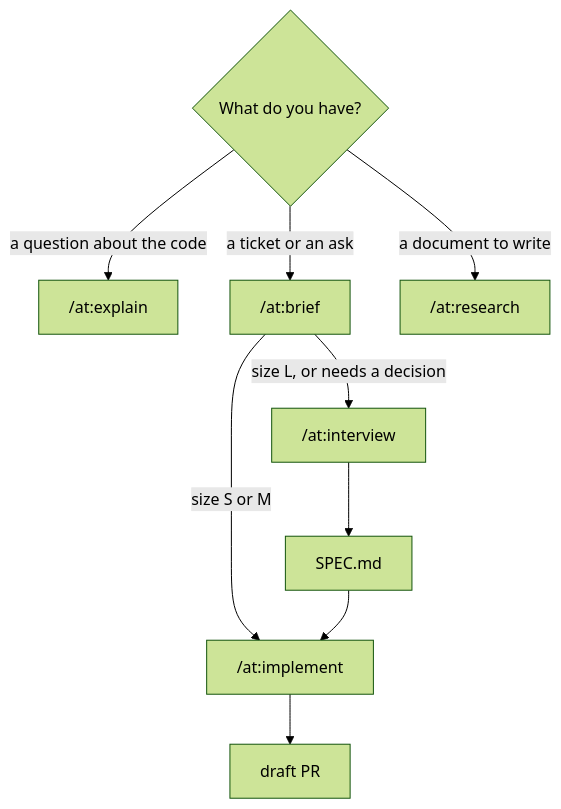
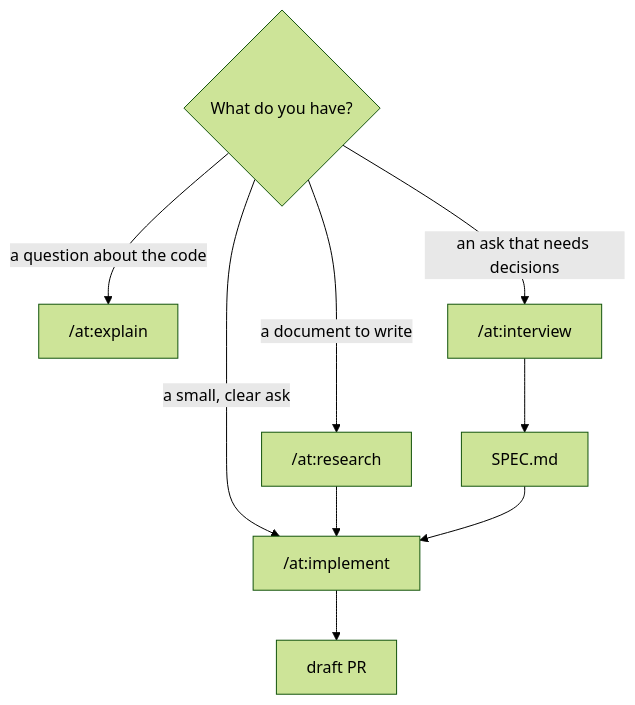
The diagram in README.md (andytavares/claude), drawn with Mermaid (forest theme) before and after one commit. The commit also changed other lines of this file and 17 other files, not shown here.

````diff
--- a/README.md
+++ b/README.md
@@ -33,10 +33,9 @@
 ```mermaid
 flowchart TD
   Q{"What do you have?"}
   Q -->|"a question about the code"| EX["/at:explain"]
-  Q -->|"a ticket or an ask"| BR["/at:brief"]
-  Q -->|"a document to write"| RS["/at:research"]
-  BR -->|"size S or M"| IM["/at:implement"]
-  BR -->|"size L, or needs a decision"| IV["/at:interview"] --> SP["SPEC.md"] --> IM
+  Q -->|"a small, clear ask"| IM["/at:implement"]
+  Q -->|"a document to write"| RS["/at:research"] --> IM
+  Q -->|"an ask that needs decisions"| IV["/at:interview"] --> SP["SPEC.md"] --> IM
   IM --> PR["draft PR"]
 ```
````
